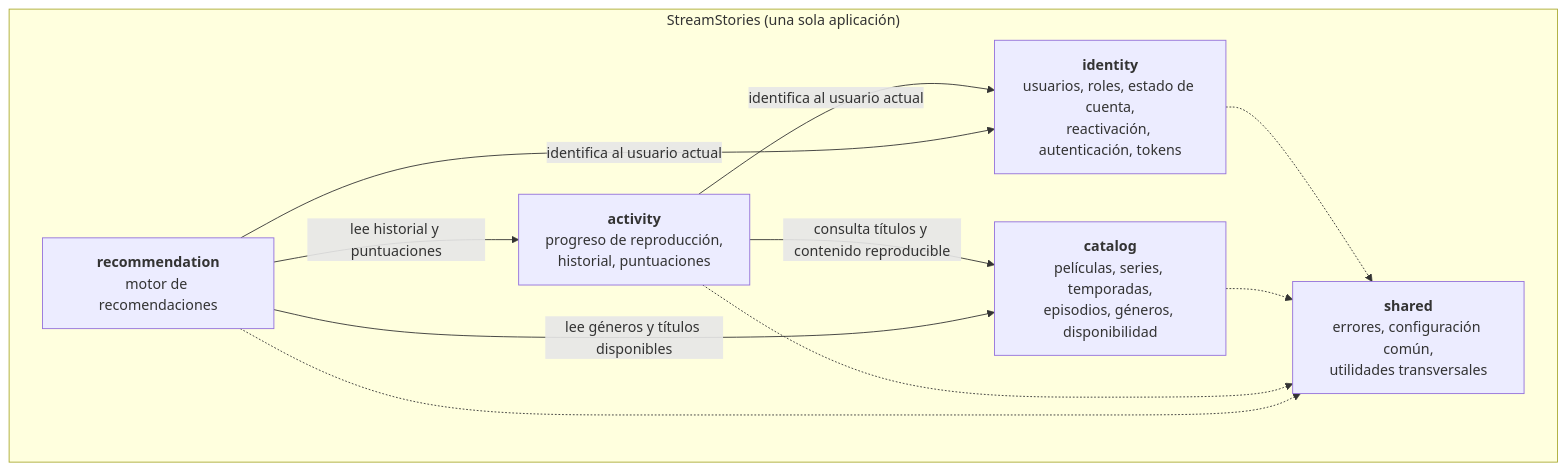
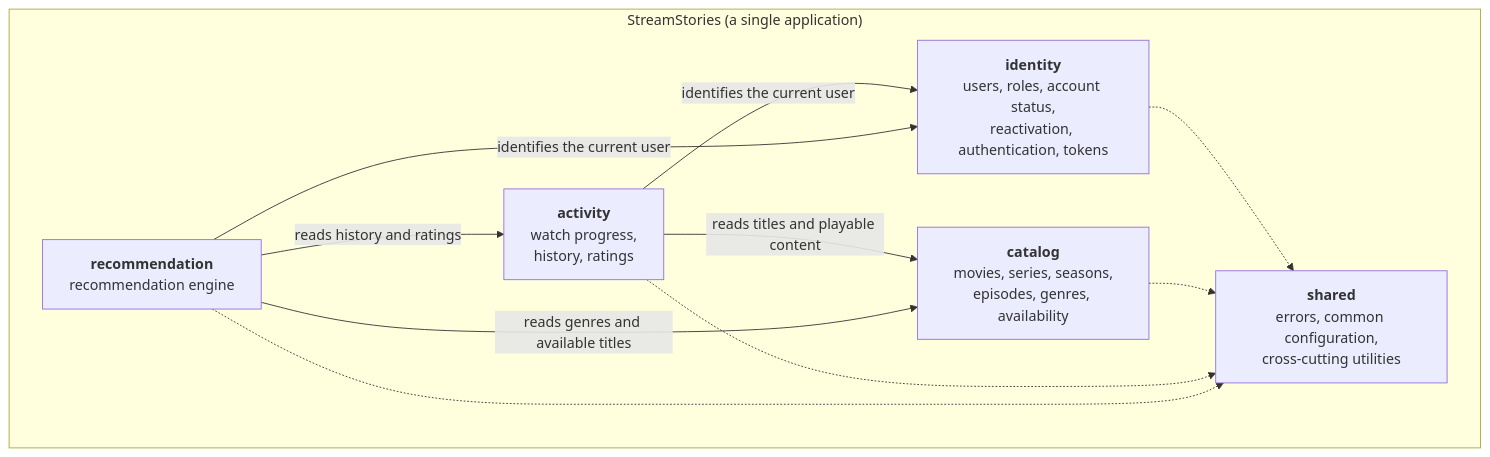
Before and after one commit to paulaciano/streamstories: the second of 3 diagrams in docs/02-architecture.md, drawn with Mermaid. The commit also changed other lines of this file and 26 other files, not shown here.

````diff
--- a/docs/02-architecture.md
+++ b/docs/02-architecture.md
@@ -52,20 +52,20 @@
 ```mermaid
 flowchart TB
-    subgraph app["StreamStories (una sola aplicación)"]
-        identity["<b>identity</b><br/>usuarios, roles, estado de cuenta,<br/>reactivación, autenticación, tokens"]
-        catalog["<b>catalog</b><br/>películas, series, temporadas,<br/>episodios, géneros, disponibilidad"]
-        activity["<b>activity</b><br/>progreso de reproducción,<br/>historial, puntuaciones"]
-        reco["<b>recommendation</b><br/>motor de recomendaciones"]
-        shared["<b>shared</b><br/>errores, configuración común,<br/>utilidades transversales"]
+    subgraph app["StreamStories (a single application)"]
+        identity["<b>identity</b><br/>users, roles, account status,<br/>reactivation, authentication, tokens"]
+        catalog["<b>catalog</b><br/>movies, series, seasons,<br/>episodes, genres, availability"]
+        activity["<b>activity</b><br/>watch progress,<br/>history, ratings"]
+        reco["<b>recommendation</b><br/>recommendation engine"]
+        shared["<b>shared</b><br/>errors, common configuration,<br/>cross-cutting utilities"]
     end
 
-    activity -->|consulta títulos y contenido reproducible| catalog
-    activity -->|identifica al usuario actual| identity
-    reco -->|lee historial y puntuaciones| activity
-    reco -->|lee géneros y títulos disponibles| catalog
-    reco -->|identifica al usuario actual| identity
+    activity -->|reads titles and playable content| catalog
+    activity -->|identifies the current user| identity
+    reco -->|reads history and ratings| activity
+    reco -->|reads genres and available titles| catalog
+    reco -->|identifies the current user| identity
     identity -.-> shared
     catalog -.-> shared
     activity -.-> shared
     reco -.-> shared
 ```
````
